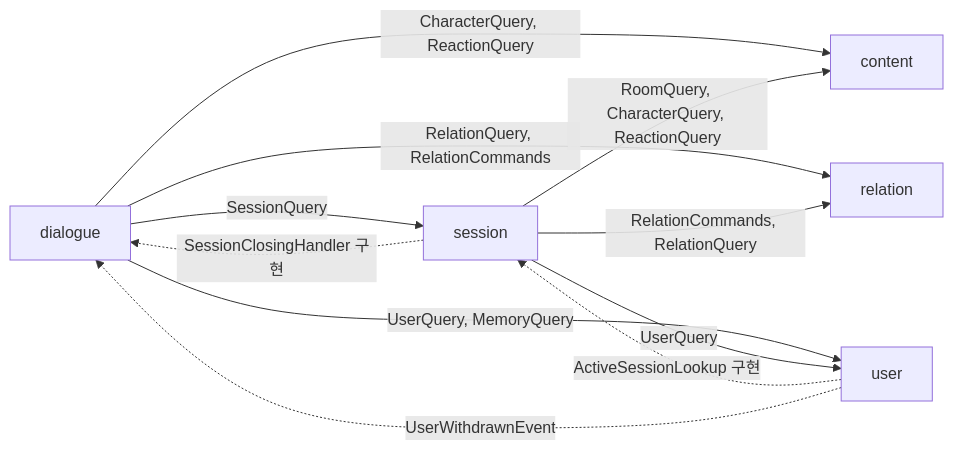
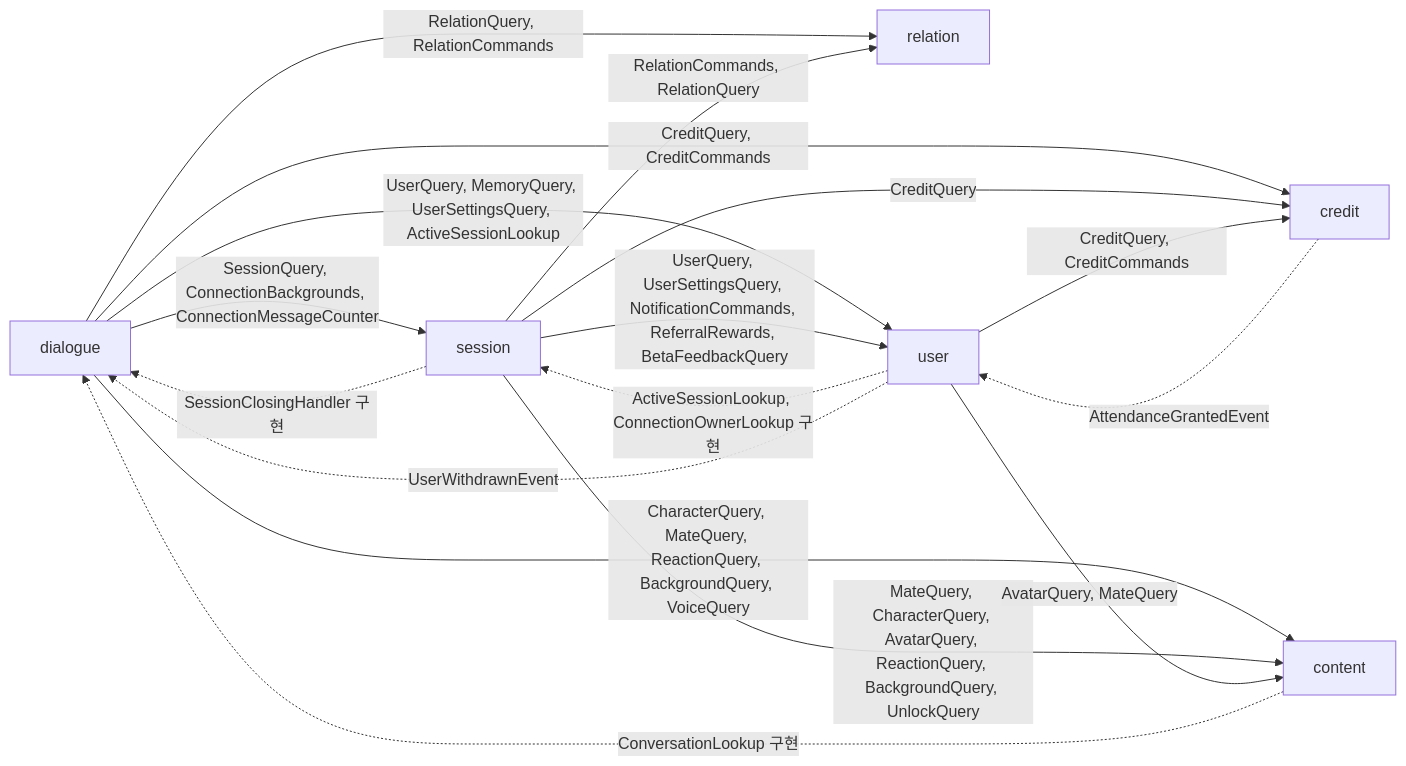
The first of 3 diagrams in docs/ARCHITECTURE.md (LIKELION-CAPSULE/Backend_lab), drawn with Mermaid before and after one commit. The commit also changed other lines of this file and 7 other files, not shown here.

First line of the commit message:
docs(product): 12/1 베타 PRD · 진행표, 코드 지도 · 핵심 흐름 · flow.http를 베타로 (#242)

````diff
--- a/docs/ARCHITECTURE.md
+++ b/docs/ARCHITECTURE.md
@@ -42,13 +51,19 @@
 ```mermaid
 flowchart LR
-  dialogue -->|SessionQuery| session
-  dialogue -->|CharacterQuery, ReactionQuery| content
+  dialogue -->|SessionQuery, ConnectionBackgrounds, ConnectionMessageCounter| session
+  dialogue -->|CharacterQuery, MateQuery, ReactionQuery, BackgroundQuery, VoiceQuery| content
   dialogue -->|RelationQuery, RelationCommands| relation
-  dialogue -->|UserQuery, MemoryQuery| user
-  session -->|RoomQuery, CharacterQuery, ReactionQuery| content
+  dialogue -->|UserQuery, MemoryQuery, UserSettingsQuery, ActiveSessionLookup| user
+  dialogue -->|CreditQuery, CreditCommands| credit
+  session -->|MateQuery, CharacterQuery, AvatarQuery, ReactionQuery, BackgroundQuery, UnlockQuery| content
   session -->|RelationCommands, RelationQuery| relation
-  session -->|UserQuery| user
+  session -->|UserQuery, UserSettingsQuery, NotificationCommands, ReferralRewards, BetaFeedbackQuery| user
+  session -->|CreditQuery| credit
+  user -->|AvatarQuery, MateQuery| content
+  user -->|CreditQuery, CreditCommands| credit
   session -.->|SessionClosingHandler 구현| dialogue
-  user -.->|ActiveSessionLookup 구현| session
+  user -.->|ActiveSessionLookup, ConnectionOwnerLookup 구현| session
+  content -.->|ConversationLookup 구현| dialogue
   user -. UserWithdrawnEvent .-> dialogue
+  credit -. AttendanceGrantedEvent .-> user
 ```
````
